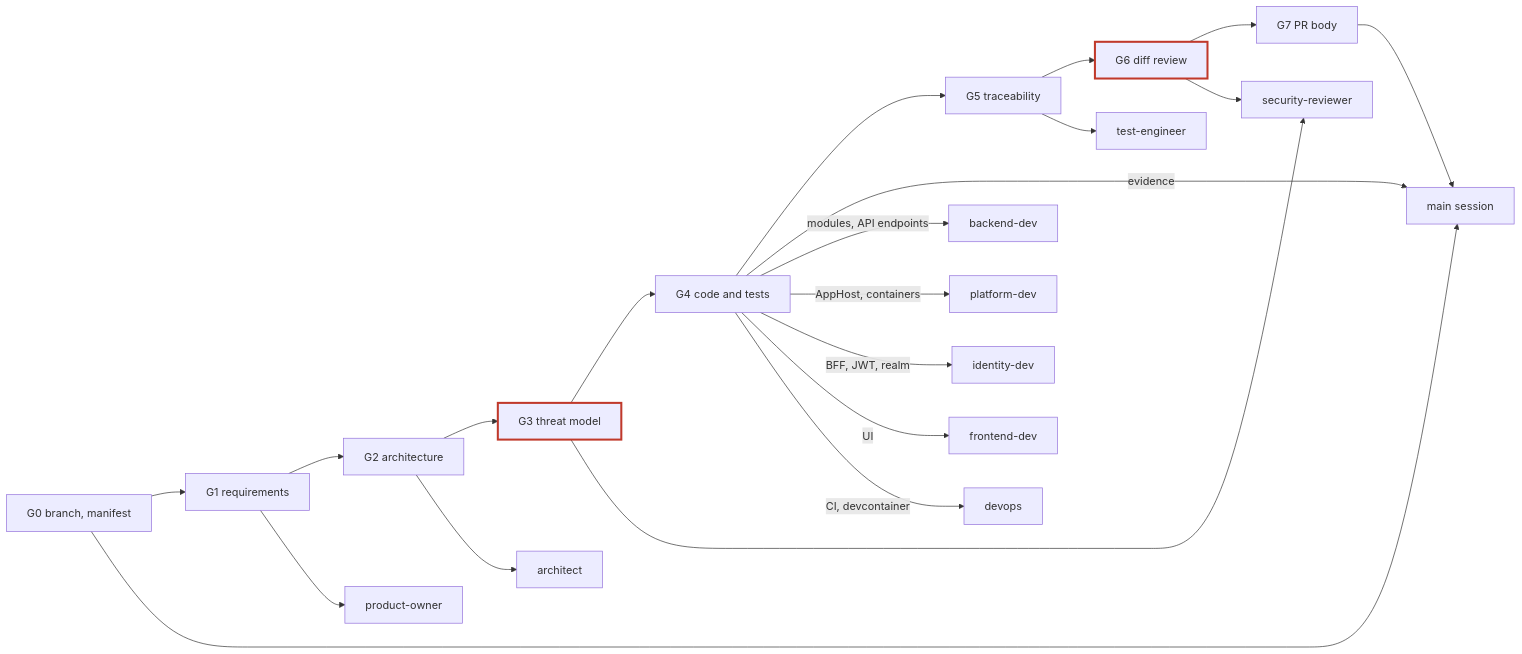
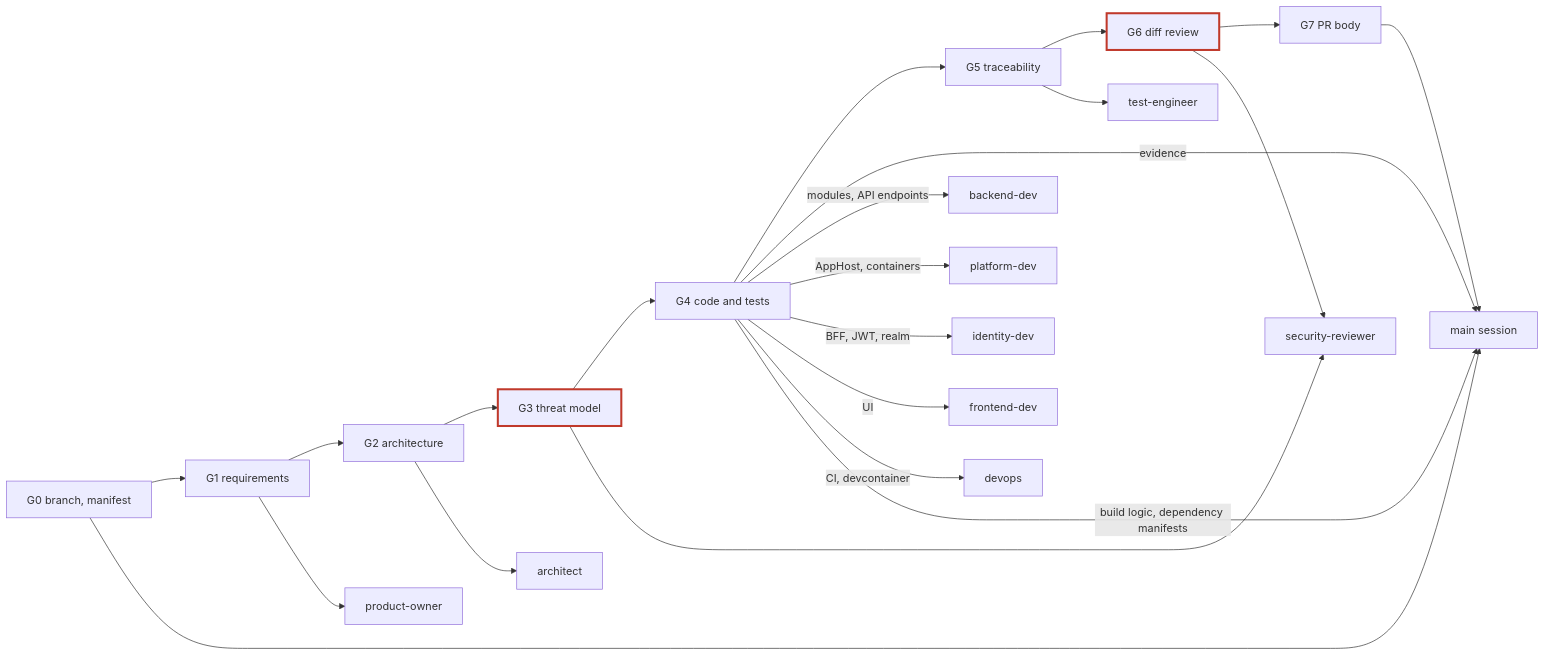
The second of 3 diagrams in docs/ai/README.md (mpcs2013/decisya), drawn with Mermaid before and after one commit. The commit also changed other lines of this file and 29 other files, not shown here.

````diff
--- a/docs/ai/README.md
+++ b/docs/ai/README.md
@@ -111,20 +111,21 @@
 ```mermaid
 flowchart LR
   G0["G0 branch, manifest"] --> G1["G1 requirements"] --> G2["G2 architecture"] --> G3["G3 threat model"] --> G4["G4 code and tests"] --> G5["G5 traceability"] --> G6["G6 diff review"] --> G7["G7 PR body"]
   main_session["main session"]
   G0 --> main_session
   G4 -->|"evidence"| main_session
   G7 --> main_session
   G1 --> product_owner["product-owner"]
   G2 --> architect["architect"]
   G3 --> security_reviewer["security-reviewer"]
   G5 --> test_engineer["test-engineer"]
   G6 --> security_reviewer["security-reviewer"]
   G4 -->|"modules, API endpoints"| backend_dev["backend-dev"]
   G4 -->|"AppHost, containers"| platform_dev["platform-dev"]
   G4 -->|"BFF, JWT, realm"| identity_dev["identity-dev"]
   G4 -->|"UI"| frontend_dev["frontend-dev"]
   G4 -->|"CI, devcontainer"| devops["devops"]
+  G4 -->|"build logic, dependency manifests"| main_session
   classDef sec stroke:#c0392b,stroke-width:3px
   class G3,G6 sec
 ```
````
